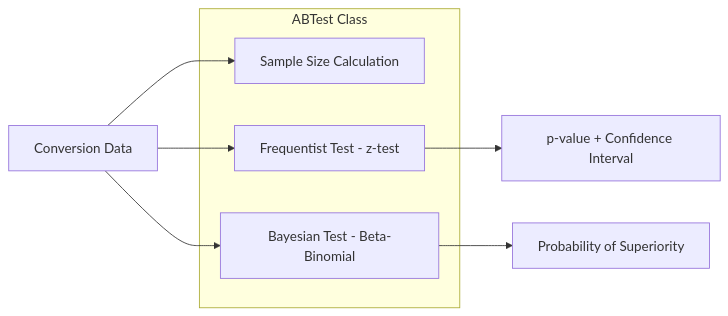
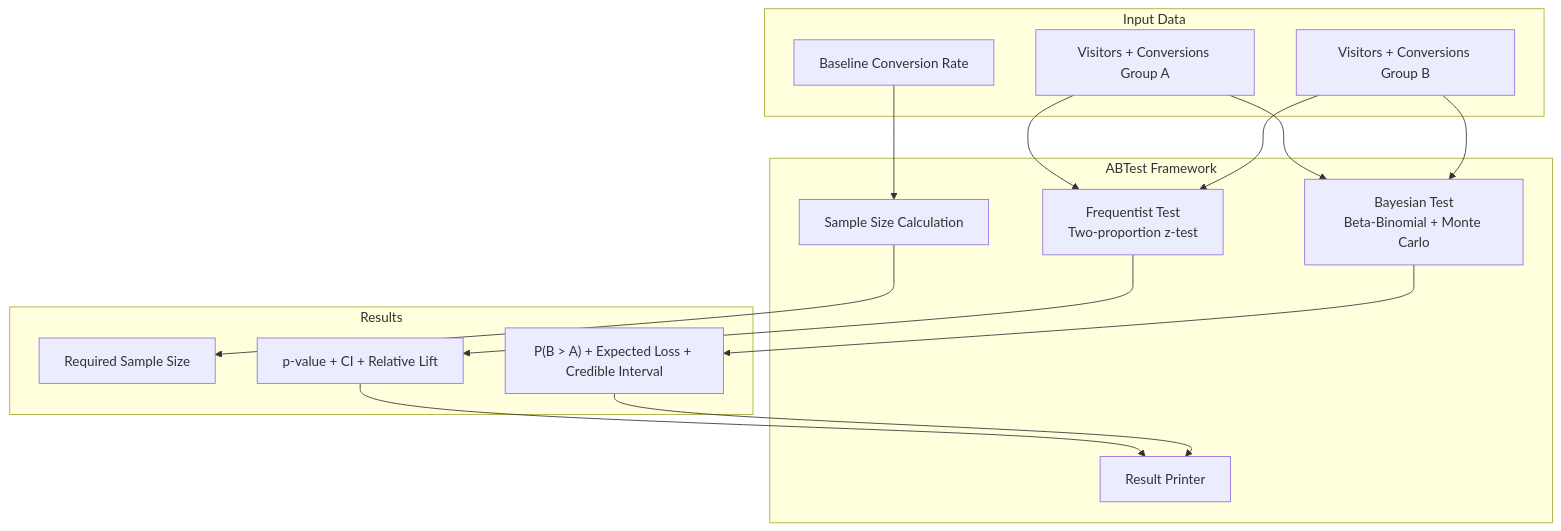
Before and after one commit to galafis/ab-testing-statistical-framework-python: the third of 4 diagrams in README.md, drawn with Mermaid. The commit also changed other lines of this file and 1 other file, not shown here.

````diff
--- a/README.md
+++ b/README.md
@@ -121,14 +224,31 @@
 ```mermaid
-graph LR
-    subgraph ABTest["ABTest Class"]
-        A[Sample Size Calculation]
-        B[Frequentist Test - z-test]
-        C[Bayesian Test - Beta-Binomial]
+graph TD
+    subgraph Framework["ABTest Framework"]
+        SS["Sample Size Calculation"]
+        FT["Frequentist Test<br/>Two-proportion z-test"]
+        BT["Bayesian Test<br/>Beta-Binomial + Monte Carlo"]
+        PR["Result Printer"]
     end
 
-    D[Conversion Data] --> A
-    D --> B
-    D --> C
-    B --> E[p-value + Confidence Interval]
-    C --> F[Probability of Superiority]
+    subgraph Input["Input Data"]
+        CR["Baseline Conversion Rate"]
+        VA["Visitors + Conversions Group A"]
+        VB["Visitors + Conversions Group B"]
+    end
+
+    subgraph Output["Results"]
+        N["Required Sample Size"]
+        PV["p-value + CI + Relative Lift"]
+        BP["P(B > A) + Expected Loss + Credible Interval"]
+    end
+
+    CR --> SS --> N
+    VA --> FT
+    VB --> FT
+    FT --> PV
+    VA --> BT
+    VB --> BT
+    BT --> BP
+    PV --> PR
+    BP --> PR
 ```
````
